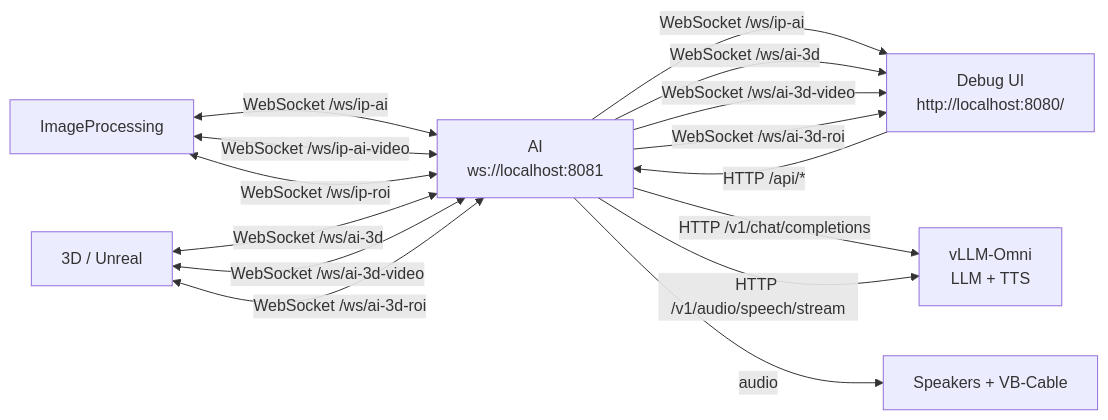
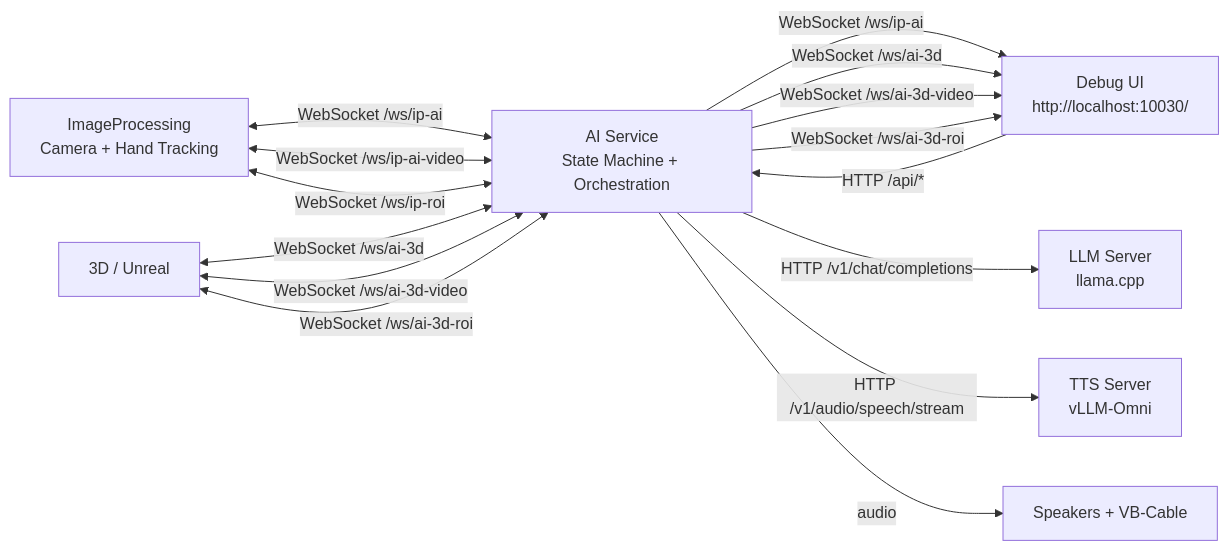
The diagram in README.md (hs-duesseldorf/TheWitch), drawn with Mermaid before and after one commit. The commit also changed other lines of this file and 15 other files, not shown here.

````diff
--- a/README.md
+++ b/README.md
@@ -7,28 +7,29 @@
 ```mermaid
 flowchart LR
-    ip[ImageProcessing]
-    ai[AI<br/>ws://localhost:8081]
-    debug[Debug UI<br/>http://localhost:8080/]
-    vllm[vLLM-Omni<br/>LLM + TTS]
+    ip[ImageProcessing<br/>Camera + Hand Tracking]
+    ai[AI Service<br/>State Machine + Orchestration]
+    llm[LLM Server<br/>llama.cpp]
+    tts[TTS Server<br/>vLLM-Omni]
+    debug[Debug UI<br/>http://localhost:10030/]
     unreal[3D / Unreal]
 
     ip <-- "WebSocket /ws/ip-ai" --> ai
     ip <-- "WebSocket /ws/ip-ai-video" --> ai
     ip <-- "WebSocket /ws/ip-roi" --> ai
 
     debug -- "HTTP /api/*" --> ai
     ai -- "WebSocket /ws/ip-ai" --> debug
     ai -- "WebSocket /ws/ai-3d" --> debug
     ai -- "WebSocket /ws/ai-3d-video" --> debug
     ai -- "WebSocket /ws/ai-3d-roi" --> debug
 
     unreal <-- "WebSocket /ws/ai-3d" --> ai
     unreal <-- "WebSocket /ws/ai-3d-video" --> ai
     unreal <-- "WebSocket /ws/ai-3d-roi" --> ai
 
-    ai -- "HTTP /v1/chat/completions" --> vllm
-    ai -- "HTTP /v1/audio/speech/stream" --> vllm
+    ai -- "HTTP /v1/chat/completions" --> llm
+    ai -- "HTTP /v1/audio/speech/stream" --> tts
     ai -- "audio" --> speakers
 
     speakers[Speakers + VB-Cable]
 ```
````
